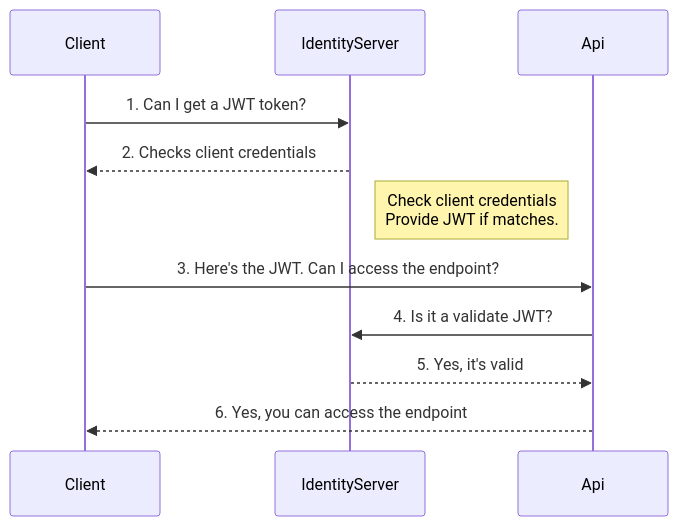
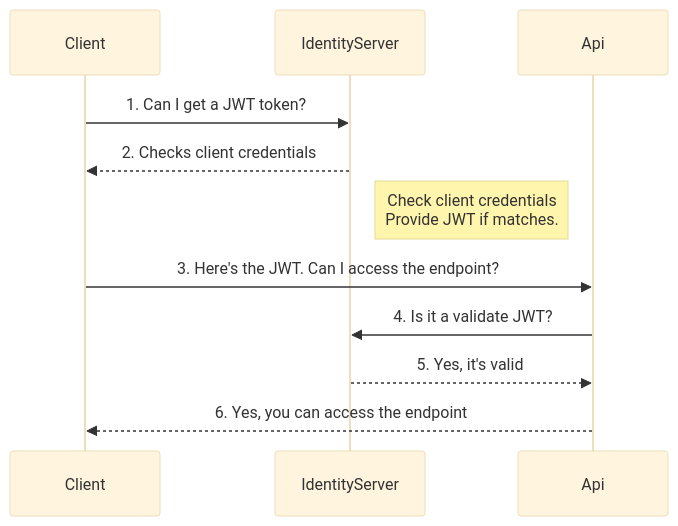
One commit to LiteObject/TestIdentityServer changed the second of 2 diagrams in README.md. Above: the diagram before and after it, drawn with Mermaid. The commit also changed other lines of this file, not shown here.

Commit message:
Updated md file

````diff
--- a/README.md
+++ b/README.md
@@ -52,14 +52,12 @@
 ```mermaid
-sequenceDiagram
-    participant Client
-    participant IdentityServer    
-    participant Api
+%%{init: {'securityLevel': 'loose', 'theme':'base'}}%%
+sequenceDiagram        
     Client->>IdentityServer: 1. Can I get a JWT token?
     IdentityServer-->>Client: 2. Checks client credentials
     Note right of IdentityServer: Check client credentials <br/>Provide JWT if matches.        
     Client->>Api: 3. Here's the JWT. Can I access the endpoint?
     Api->>IdentityServer: 4. Is it a validate JWT?
     IdentityServer-->>Api: 5. Yes, it's valid
     Api-->>Client: 6. Yes, you can access the endpoint
 
 ```
````
